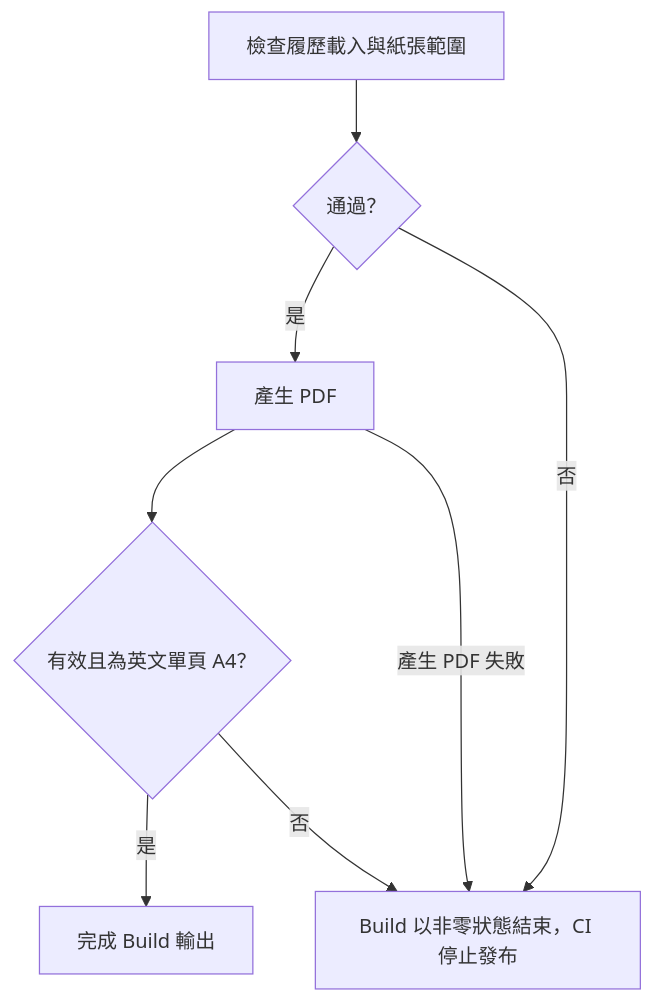
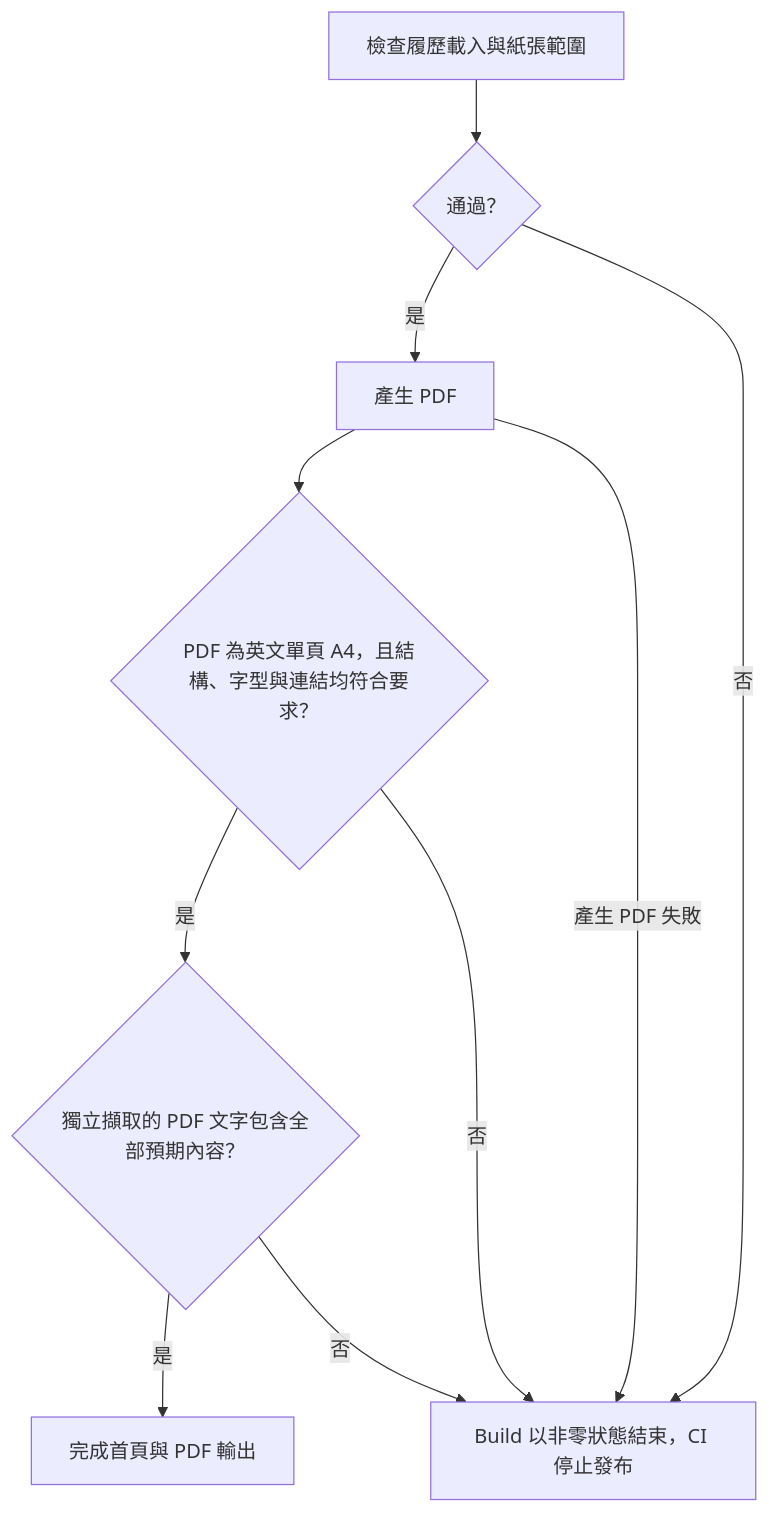
Before and after one commit to bingyangchen/bingyangchen.github.io: the sixth of 6 diagrams in docs/specs/site.md, drawn with Mermaid. The commit also changed other lines of this file and 19 other files, not shown here.

````diff
--- a/docs/specs/site.md
+++ b/docs/specs/site.md
@@ -379,10 +379,12 @@
 ```mermaid
 flowchart TD
   sheet[檢查履歷載入與紙張範圍] --> ready{通過？}
   ready -->|是| generate[產生 PDF]
   ready -->|否| fail[Build 以非零狀態結束，CI 停止發布]
-  generate --> valid{有效且為英文單頁 A4？}
+  generate --> valid{PDF 為英文單頁 A4，且結構、字型與連結均符合要求？}
   generate -->|產生 PDF 失敗| fail
-  valid -->|是| done[完成 Build 輸出]
+  valid -->|是| text{獨立擷取的 PDF 文字包含全部預期內容？}
+  text -->|是| done[完成首頁與 PDF 輸出]
+  text -->|否| fail
   valid -->|否| fail
 ```
````
